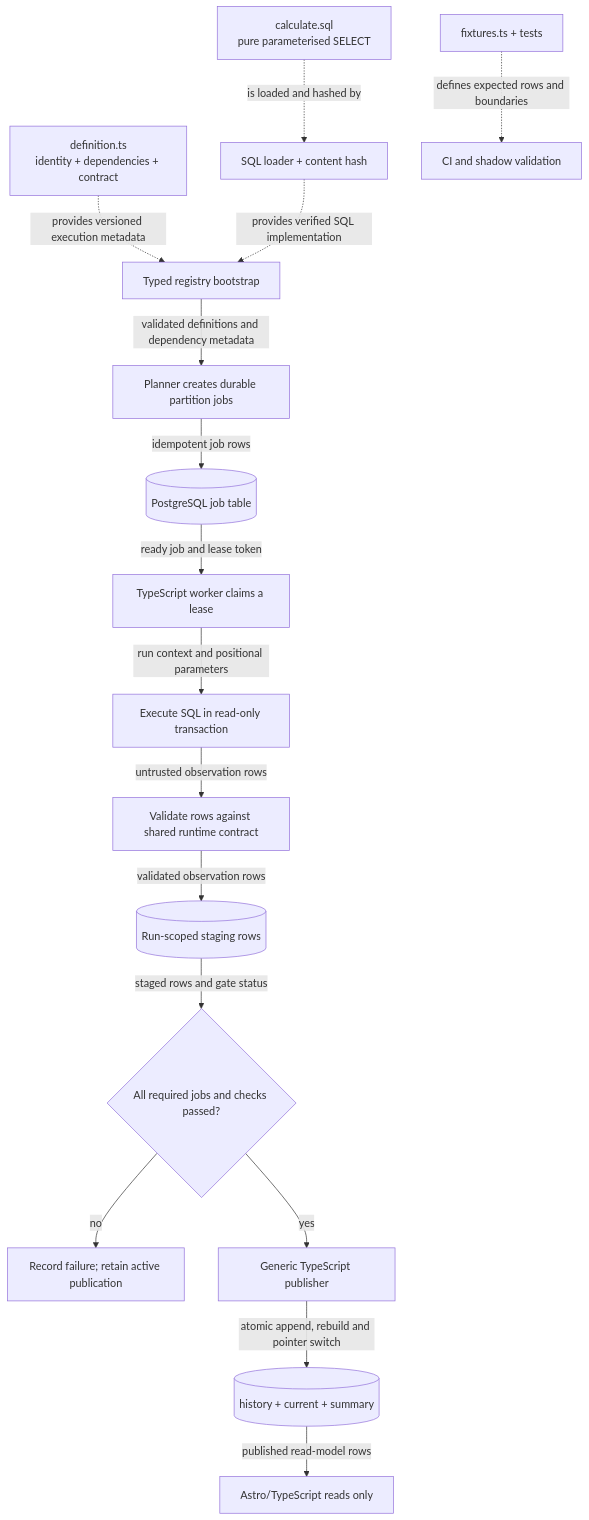
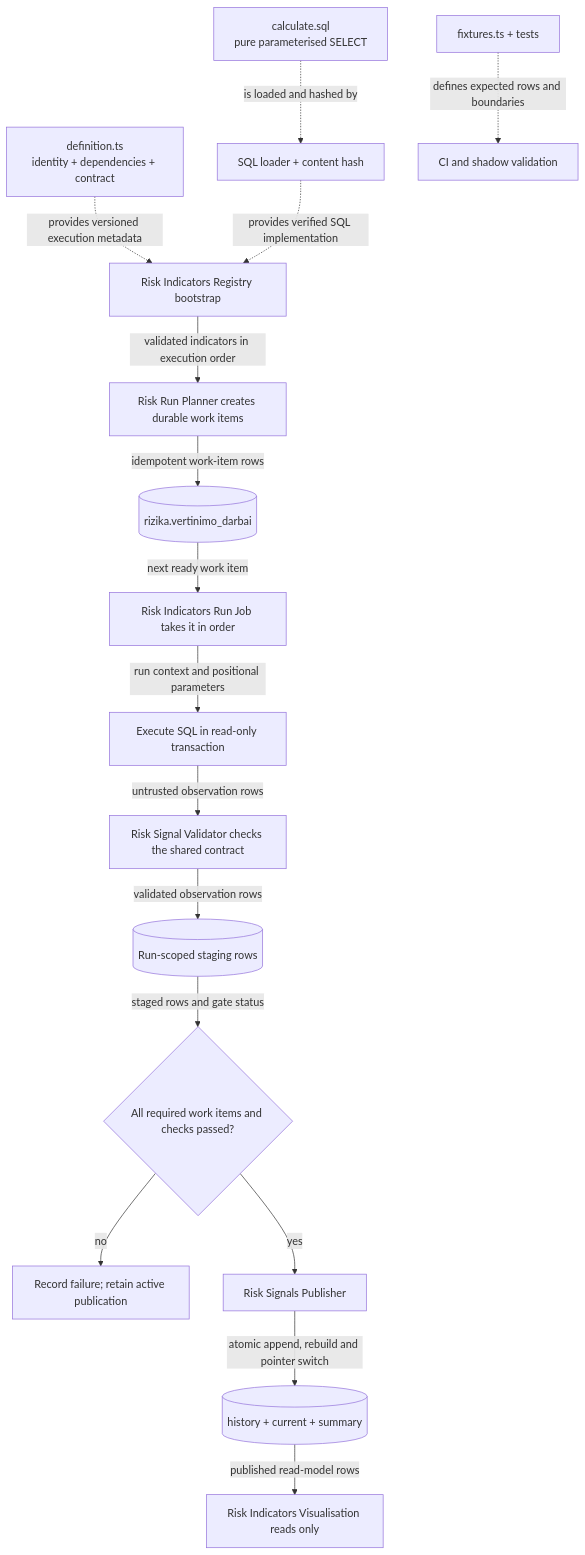
Before and after one commit to Viespirkiu-grupe/viespirkiai: the third of 6 diagrams in docs/indicators-story/risk-indicators-public-page-and-maintenance.md, drawn with Mermaid. The commit also changed other lines of this file, not shown here.

````diff
--- a/docs/indicators-story/risk-indicators-public-page-and-maintenance.md
+++ b/docs/indicators-story/risk-indicators-public-page-and-maintenance.md
@@ -576,18 +682,18 @@
 ```mermaid
 flowchart TD
-    D[definition.ts<br/>identity + dependencies + contract] -.->|provides versioned execution metadata| R[Typed registry bootstrap]
+    D[definition.ts<br/>identity + dependencies + contract] -.->|provides versioned execution metadata| R[Risk Indicators Registry bootstrap]
     Q[calculate.sql<br/>pure parameterised SELECT] -.->|is loaded and hashed by| L[SQL loader + content hash]
     L -.->|provides verified SQL implementation| R
     F[fixtures.ts + tests] -.->|defines expected rows and boundaries| C[CI and shadow validation]
-    R -->|validated definitions and dependency metadata| P[Planner creates durable partition jobs]
-    P -->|idempotent job rows| J[(PostgreSQL job table)]
-    J -->|ready job and lease token| W[TypeScript worker claims a lease]
+    R -->|validated indicators in execution order| P[Risk Run Planner creates durable work items]
+    P -->|idempotent work-item rows| J[(rizika.vertinimo_darbai)]
+    J -->|next ready work item| W[Risk Indicators Run Job takes it in order]
     W -->|run context and positional parameters| X[Execute SQL in read-only transaction]
-    X -->|untrusted observation rows| V[Validate rows against shared runtime contract]
+    X -->|untrusted observation rows| V[Risk Signal Validator checks the shared contract]
     V -->|validated observation rows| S[(Run-scoped staging rows)]
-    S -->|staged rows and gate status| G{All required jobs and checks passed?}
+    S -->|staged rows and gate status| G{All required work items and checks passed?}
     G -->|no| N[Record failure; retain active publication]
-    G -->|yes| A[Generic TypeScript publisher]
+    G -->|yes| A[Risk Signals Publisher]
     A -->|atomic append, rebuild and pointer switch| H[(history + current + summary)]
-    H -->|published read-model rows| U[Astro/TypeScript reads only]
+    H -->|published read-model rows| U[Risk Indicators Visualisation reads only]
 ```
````
